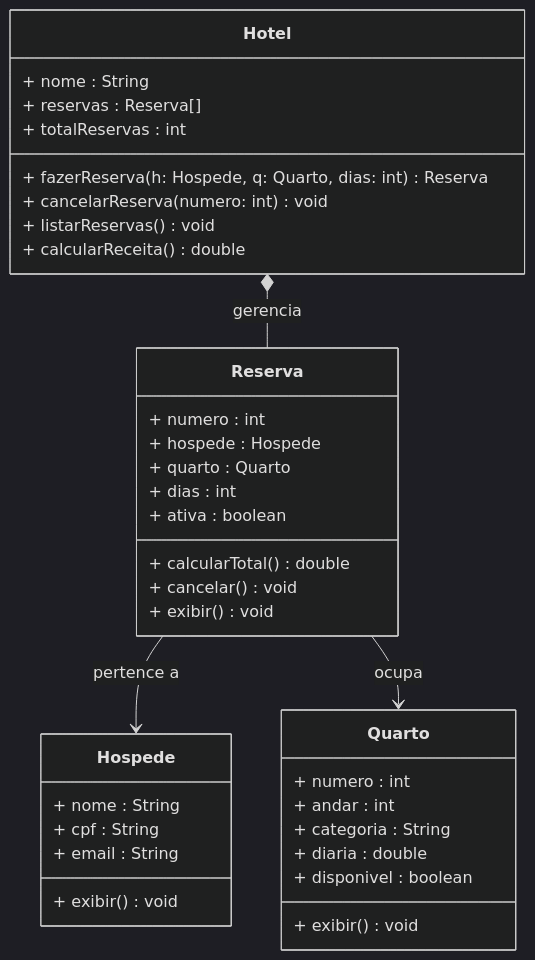
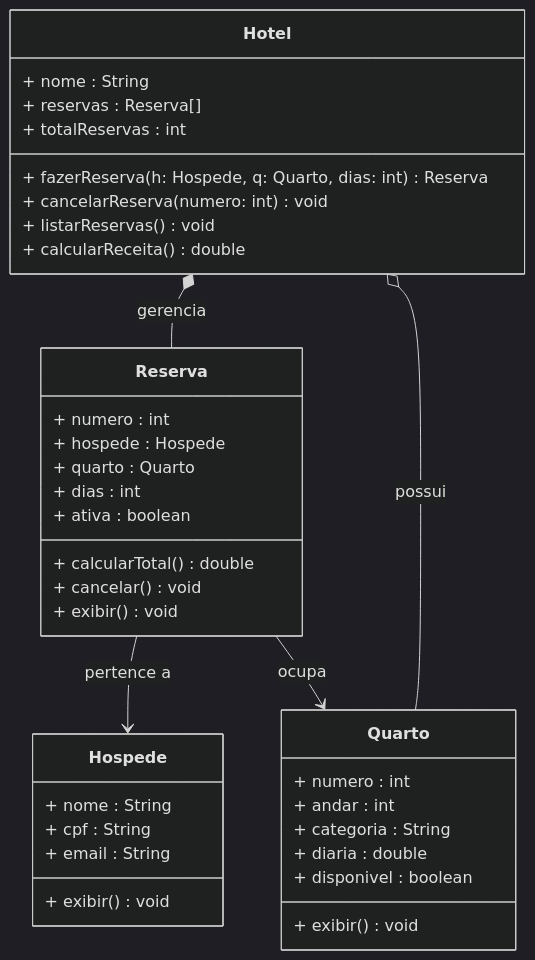
The first of 2 diagrams in src/content/modulo-02/encontro-06.md (emanoelsp/poo-essential-academy), drawn with Mermaid (dark theme) before and after one commit. The commit also changed other lines of this file and 12 other files, not shown here.

````diff
--- a/src/content/modulo-02/encontro-06.md
+++ b/src/content/modulo-02/encontro-06.md
@@ -91,39 +139,40 @@
 ```mermaid
 classDiagram
     class Hotel {
         + nome : String
         + reservas : Reserva[]
         + totalReservas : int
         + fazerReserva(h: Hospede, q: Quarto, dias: int) Reserva
         + cancelarReserva(numero: int) void
         + listarReservas() void
         + calcularReceita() double
     }
     class Quarto {
         + numero : int
         + andar : int
         + categoria : String
         + diaria : double
         + disponivel : boolean
         + exibir() void
     }
     class Hospede {
         + nome : String
         + cpf : String
         + email : String
         + exibir() void
     }
     class Reserva {
         + numero : int
         + hospede : Hospede
         + quarto : Quarto
         + dias : int
         + ativa : boolean
         + calcularTotal() double
         + cancelar() void
         + exibir() void
     }
     Hotel *-- Reserva : gerencia
+    Hotel o-- Quarto : possui
     Reserva --> Hospede : pertence a
     Reserva --> Quarto : ocupa
 ```
````
